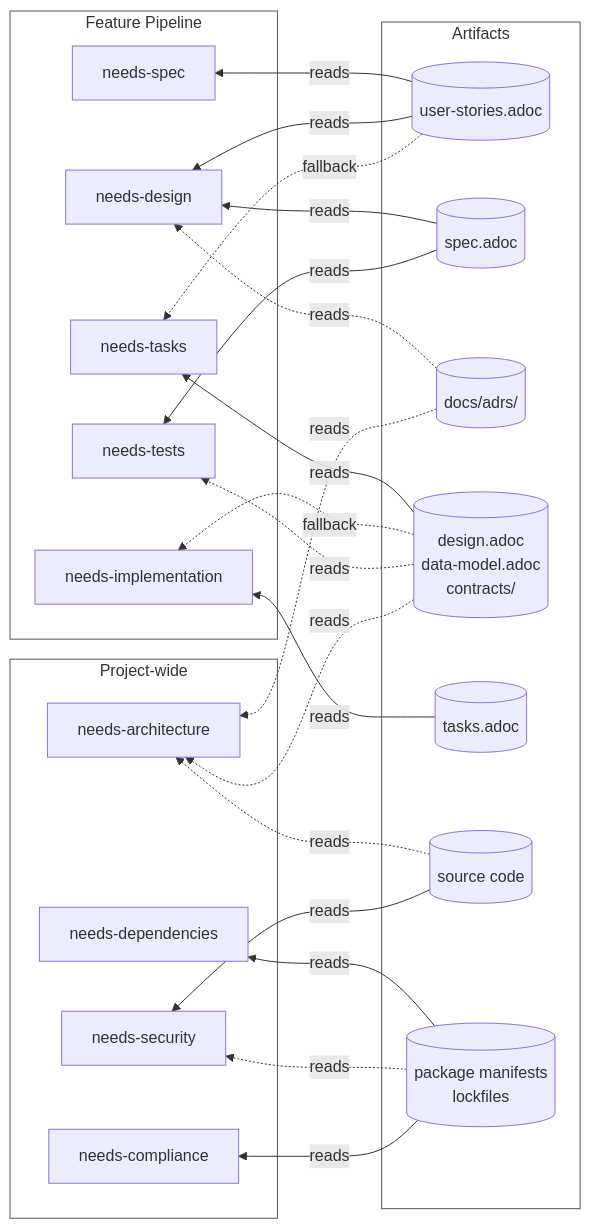
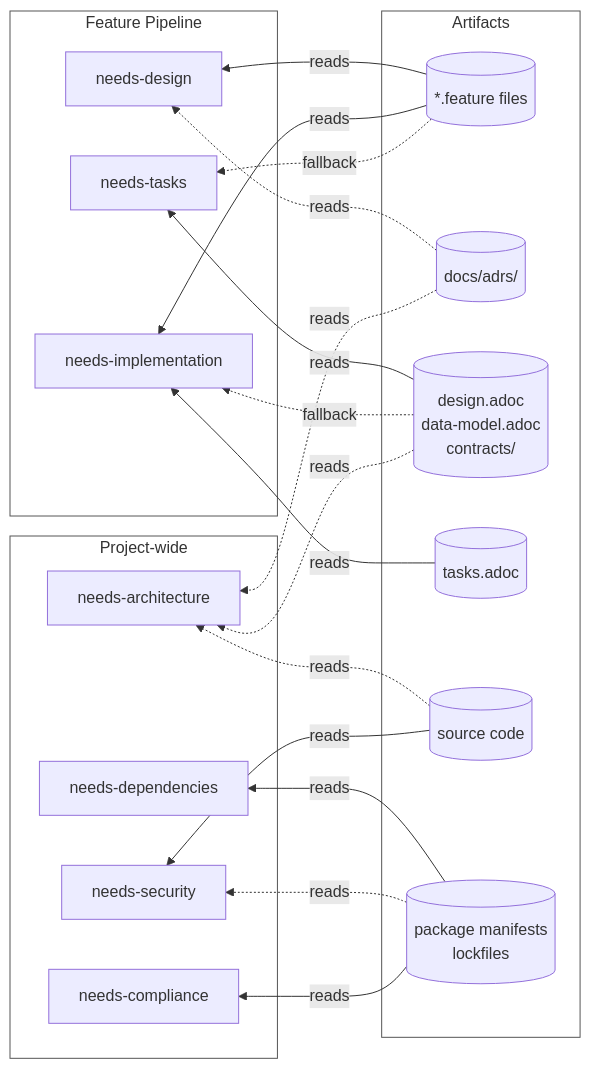
Before and after one commit to provenimpact/proven-needs: the fourth of 6 diagrams in README.md, drawn with Mermaid. The commit also changed other lines of this file and 18 other files, not shown here.

First line of the commit message:
feat!: replace stories, spec, and tests with unified Gherkin feature files

````diff
--- a/README.md
+++ b/README.md
@@ -151,54 +142,48 @@
 ```mermaid
 flowchart RL
     subgraph artifacts ["Artifacts"]
-        STORIES[("user-stories.adoc")]
-        SPEC[("spec.adoc")]
+        FEAT[("*.feature files")]
         ADRS[("docs/adrs/")]
         DESIGN[("design.adoc<br/>data-model.adoc<br/>contracts/")]
         TASKS[("tasks.adoc")]
         CODE[("source code")]
         DEPS[("package manifests<br/>lockfiles")]
     end
 
     subgraph feature ["Feature Pipeline"]
-        NSP["needs-spec"]
         ND["needs-design"]
         NT["needs-tasks"]
         NI["needs-implementation"]
-        NTS["needs-tests"]
     end
 
     subgraph project ["Project-wide"]
         NARCH["needs-architecture"]
         NDEPS["needs-dependencies"]
         NSEC["needs-security"]
         NCOMP["needs-compliance"]
     end
 
     %% ── Feature reads (solid = primary) ───────────────────────
-    STORIES -->|reads| NSP
-    STORIES -->|reads| ND
-    SPEC -->|reads| ND
-    SPEC -->|reads| NTS
+    FEAT -->|reads| ND
     DESIGN -->|reads| NT
     TASKS -->|reads| NI
+    FEAT -->|reads| NI
 
     %% ── Feature reads (dashed = fallback / optional) ──────────
-    STORIES -.->|fallback| NT
+    FEAT -.->|fallback| NT
     DESIGN -.->|fallback| NI
-    DESIGN -.->|reads| NTS
     ADRS -.->|reads| ND
 
     %% ── Project-wide reads ────────────────────────────────────
     DESIGN -.->|reads| NARCH
     ADRS -.->|reads| NARCH
     CODE -.->|reads| NARCH
     DEPS -->|reads| NDEPS
     CODE -->|reads| NSEC
     DEPS -.->|reads| NSEC
     DEPS -->|reads| NCOMP
 
     style artifacts fill:transparent,stroke:#555,stroke-width:1px
     style feature fill:transparent,stroke:#555,stroke-width:1px
     style project fill:transparent,stroke:#555,stroke-width:1px
 ```
````
